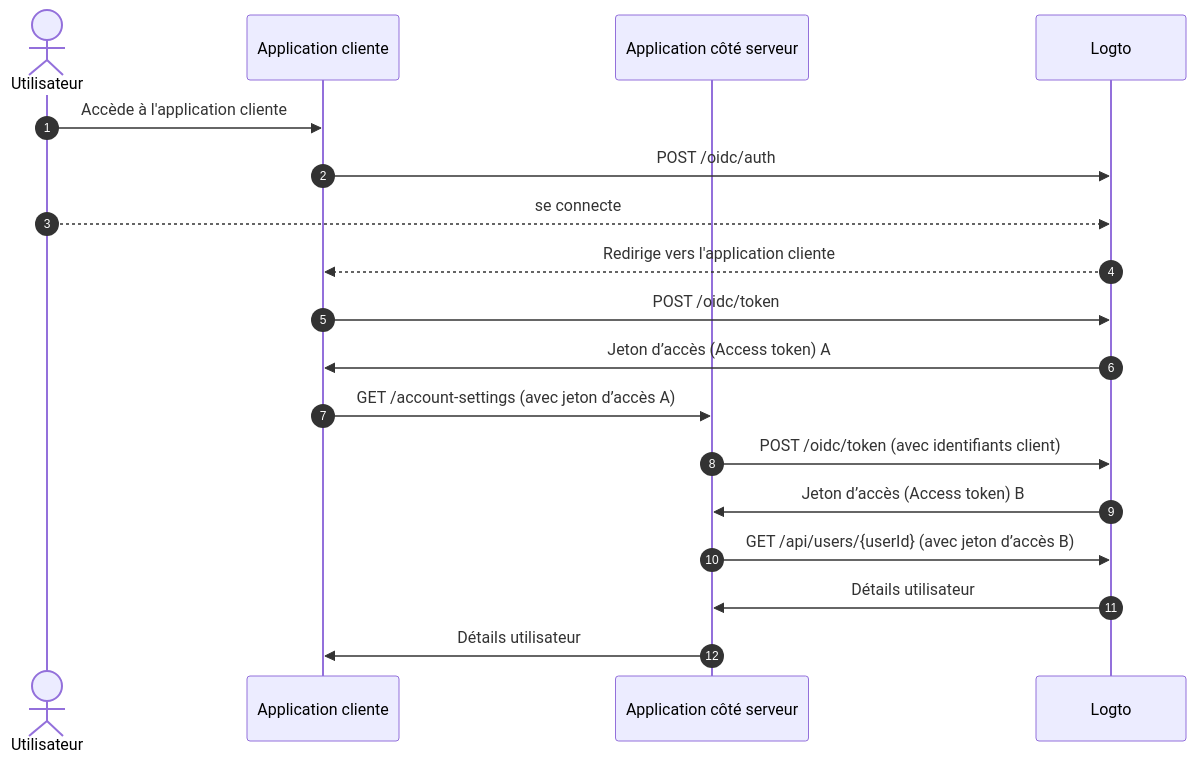
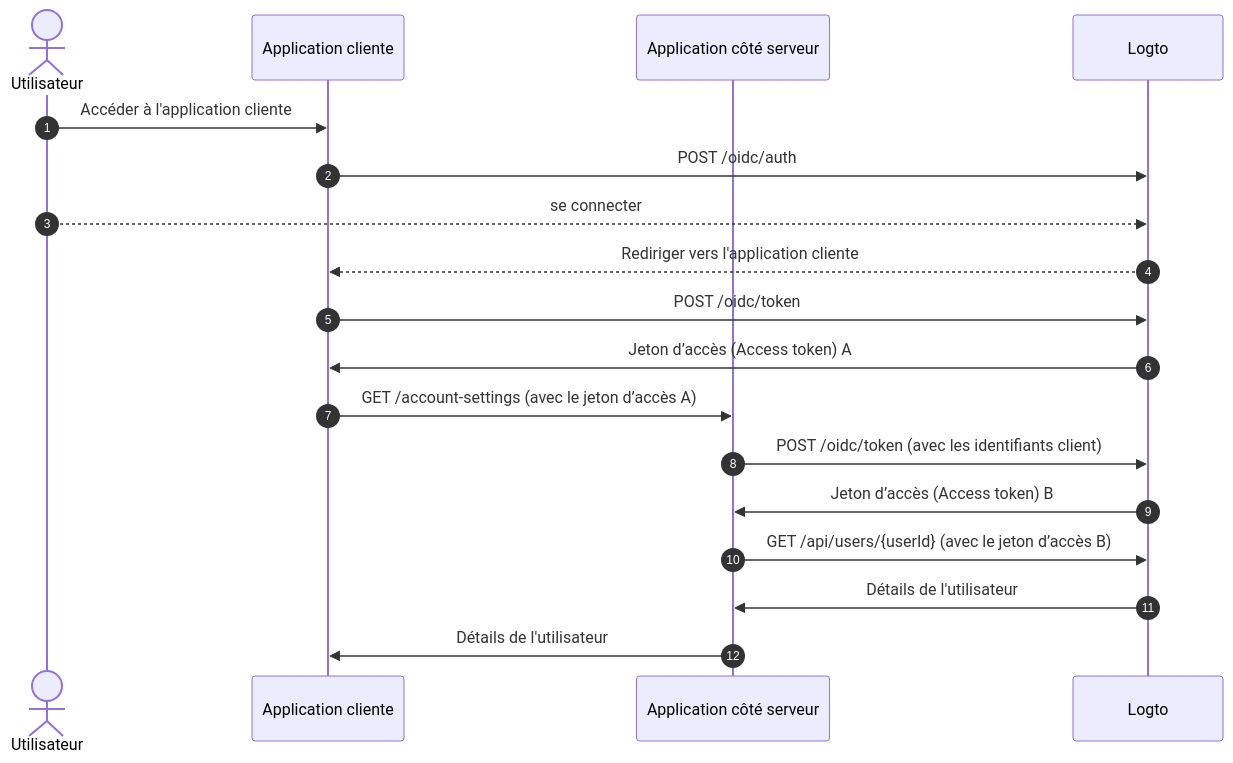
The second of 3 diagrams in i18n/fr/docusaurus-plugin-content-docs/current/end-user-flows/account-settings/by-management-api.mdx (logto-io/docs), drawn with Mermaid before and after one commit. The commit also changed other lines of this file and 102 other files, not shown here.

````diff
--- a/i18n/fr/docusaurus-plugin-content-docs/current/end-user-flows/account-settings/by-management-api.mdx
+++ b/i18n/fr/docusaurus-plugin-content-docs/current/end-user-flows/account-settings/by-management-api.mdx
@@ -27,21 +27,21 @@
 ```mermaid
   sequenceDiagram
     autonumber
     actor User as Utilisateur
     participant Client as Application cliente
     participant Server as Application côté serveur
     participant Logto as Logto
 
-    User ->> Client: Accède à l'application cliente
+    User ->> Client: Accéder à l'application cliente
     Client ->> Logto: POST /oidc/auth
-    User -->> Logto: se connecte
-    Logto -->> Client: Redirige vers l'application cliente
+    User -->> Logto: se connecter
+    Logto -->> Client: Rediriger vers l'application cliente
     Client ->> Logto: POST /oidc/token
     Logto ->> Client: Jeton d’accès (Access token) A
-    Client ->> Server: GET /account-settings (avec jeton d’accès A)
-    Server ->> Logto: POST /oidc/token (avec identifiants client)
+    Client ->> Server: GET /account-settings (avec le jeton d’accès A)
+    Server ->> Logto: POST /oidc/token (avec les identifiants client)
     Logto ->> Server: Jeton d’accès (Access token) B
-    Server ->> Logto: GET /api/users/{userId} (avec jeton d’accès B)
-    Logto ->> Server: Détails utilisateur
-    Server ->> Client: Détails utilisateur
+    Server ->> Logto: GET /api/users/{userId} (avec le jeton d’accès B)
+    Logto ->> Server: Détails de l'utilisateur
+    Server ->> Client: Détails de l'utilisateur
 ```
````
